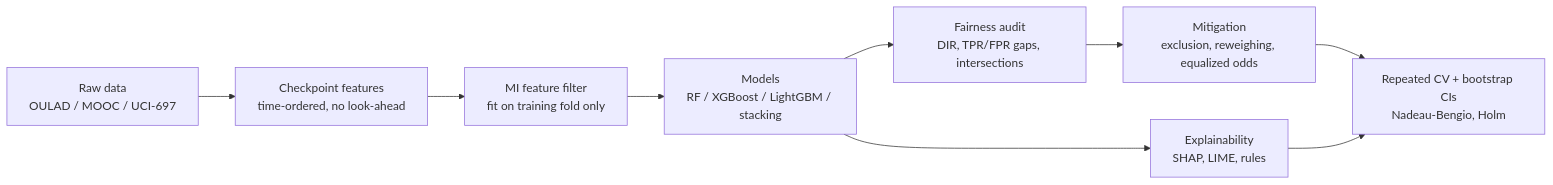
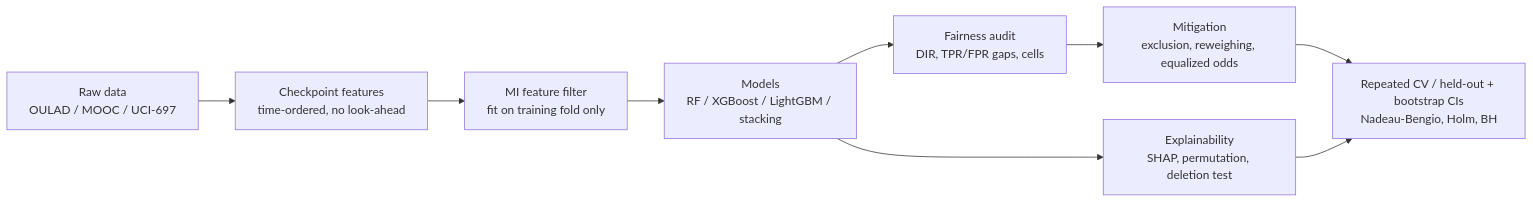
One commit to Akramtaha98/Bio-FairAlert changed the diagram in README.md. Above: the diagram before and after it, drawn with Mermaid. The commit also changed other lines of this file, not shown here.

First line of the commit message:
Rewrite README for the revised audit; merge held-out OULAD and UCI-697 reanalysis into main

````diff
--- a/README.md
+++ b/README.md
@@ -45,11 +59,11 @@
 ```mermaid
 flowchart LR
     A["Raw data<br/>OULAD / MOOC / UCI-697"] --> B["Checkpoint features<br/>time-ordered, no look-ahead"]
     B --> C["MI feature filter<br/>fit on training fold only"]
     C --> D["Models<br/>RF / XGBoost / LightGBM / stacking"]
-    D --> E["Fairness audit<br/>DIR, TPR/FPR gaps, intersections"]
+    D --> E["Fairness audit<br/>DIR, TPR/FPR gaps, cells"]
     E --> F["Mitigation<br/>exclusion, reweighing, equalized odds"]
-    D --> G["Explainability<br/>SHAP, LIME, rules"]
-    F --> H["Repeated CV + bootstrap CIs<br/>Nadeau-Bengio, Holm"]
+    D --> G["Explainability<br/>SHAP, permutation, deletion test"]
+    F --> H["Repeated CV / held-out + bootstrap CIs<br/>Nadeau-Bengio, Holm, BH"]
     G --> H
 ```
````
